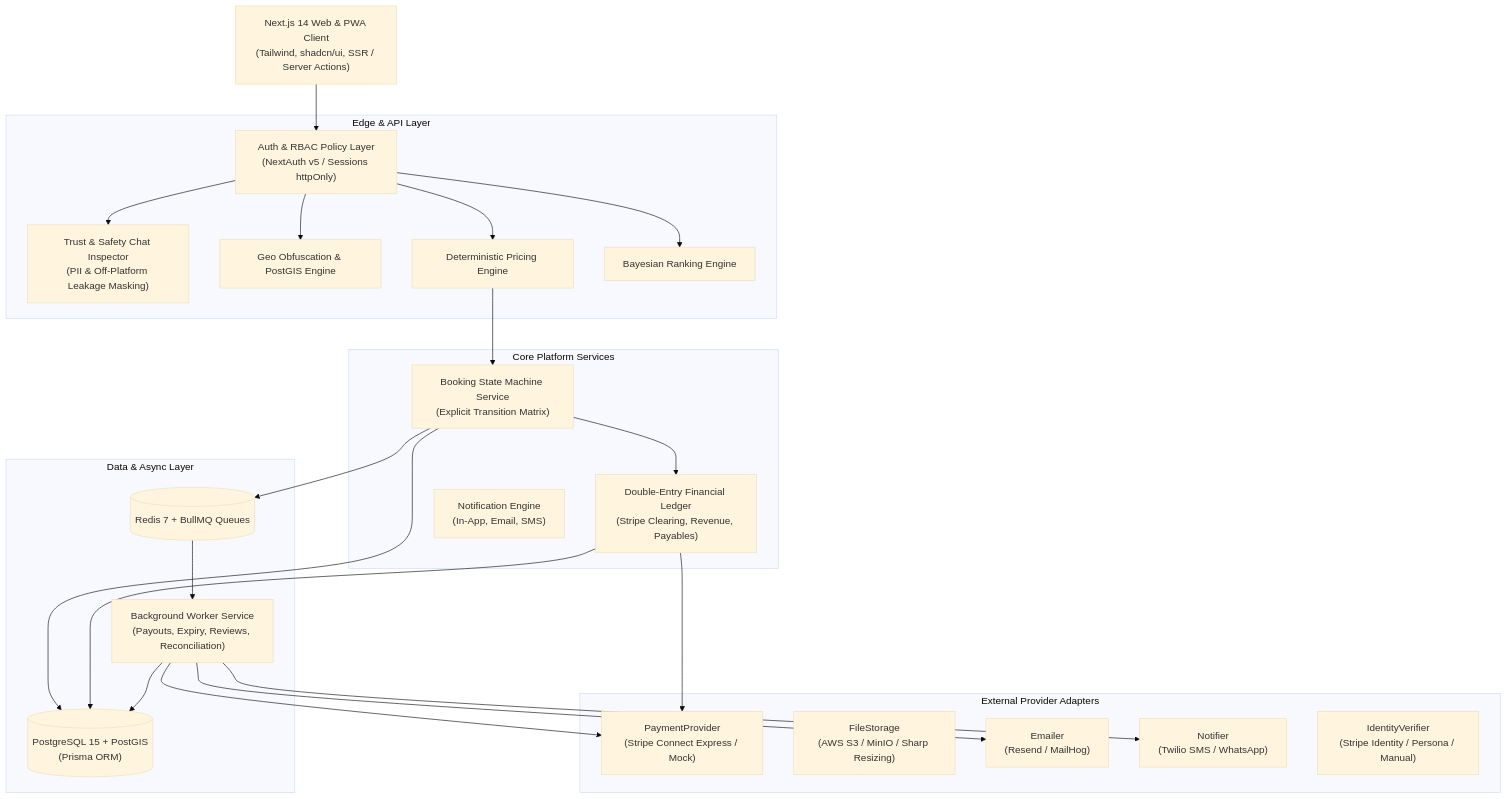
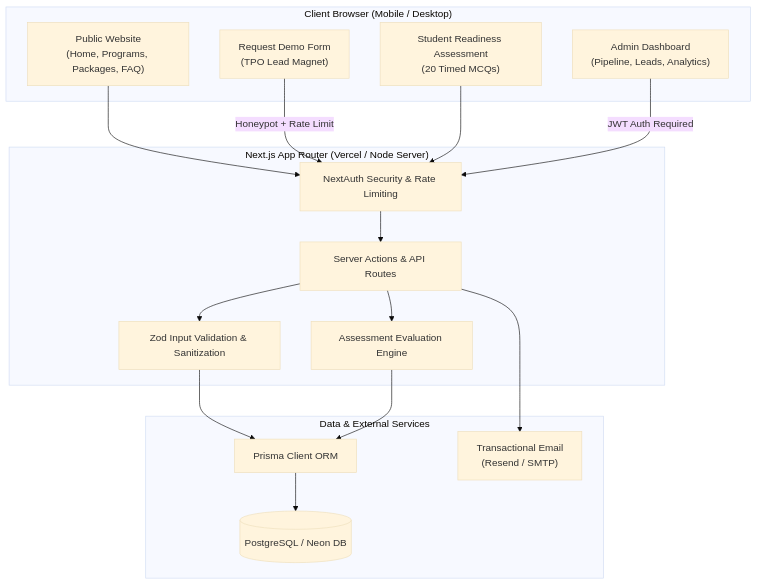
The diagram in docs/architecture.md (dj-here/india-quant), drawn with Mermaid (base theme) before and after one commit. The commit also changed other lines of this file and 16 other files, not shown here.

Commit message:
docs: complete Phase 1 business model, curriculum, commercials, outreach kit, and architecture

````diff
--- a/docs/architecture.md
+++ b/docs/architecture.md
@@ -5,52 +25,35 @@
 ```mermaid
-graph TD
-    Client["Next.js 14 Web & PWA Client<br/>(Tailwind, shadcn/ui, SSR / Server Actions)"]
-    
-    subgraph Edge & API Layer
-        AuthMiddleware["Auth & RBAC Policy Layer<br/>(NextAuth v5 / Sessions httpOnly)"]
-        ChatFilter["Trust & Safety Chat Inspector<br/>(PII & Off-Platform Leakage Masking)"]
-        GeoEngine["Geo Obfuscation & PostGIS Engine"]
-        PriceEngine["Deterministic Pricing Engine"]
-        RankingEngine["Bayesian Ranking Engine"]
+flowchart TD
+    subgraph Client ["Client Browser (Mobile / Desktop)"]
+        Landing["Public Website<br>(Home, Programs, Packages, FAQ)"]
+        DemoForm["Request Demo Form<br>(TPO Lead Magnet)"]
+        AssessTool["Student Readiness Assessment<br>(20 Timed MCQs)"]
+        AdminUI["Admin Dashboard<br>(Pipeline, Leads, Analytics)"]
     end
 
-    subgraph Core Platform Services
-        StateMachine["Booking State Machine Service<br/>(Explicit Transition Matrix)"]
-        LedgerService["Double-Entry Financial Ledger<br/>(Stripe Clearing, Revenue, Payables)"]
-        NotificationHub["Notification Engine<br/>(In-App, Email, SMS)"]
+    subgraph Edge ["Next.js App Router (Vercel / Node Server)"]
+        Middleware["NextAuth Security & Rate Limiting"]
+        ServerActions["Server Actions & API Routes"]
+        ZodValidator["Zod Input Validation & Sanitization"]
+        ScoringEngine["Assessment Evaluation Engine"]
     end
 
-    subgraph Data & Async Layer
-        DB[("PostgreSQL 15 + PostGIS<br/>(Prisma ORM)")]
-        RedisQueue[("Redis 7 + BullMQ Queues")]
-        Worker["Background Worker Service<br/>(Payouts, Expiry, Reviews, Reconciliation)"]
+    subgraph DataLayer ["Data & External Services"]
+        PrismaClient["Prisma Client ORM"]
+        PostgresDB[(PostgreSQL / Neon DB)]
+        EmailService["Transactional Email<br>(Resend / SMTP)"]
     end
 
-    subgraph External Provider Adapters
-        StripeAdapter["PaymentProvider<br/>(Stripe Connect Express / Mock)"]
-        S3Adapter["FileStorage<br/>(AWS S3 / MinIO / Sharp Resizing)"]
-        EmailAdapter["Emailer<br/>(Resend / MailHog)"]
-        SMSAdapter["Notifier<br/>(Twilio SMS / WhatsApp)"]
-        IdentityAdapter["IdentityVerifier<br/>(Stripe Identity / Persona / Manual)"]
-    end
+    Landing --> Middleware
+    DemoForm -->|Honeypot + Rate Limit| Middleware
+    AssessTool --> Middleware
+    AdminUI -->|JWT Auth Required| Middleware
 
-    Client --> AuthMiddleware
-    AuthMiddleware --> ChatFilter
-    AuthMiddleware --> GeoEngine
-    AuthMiddleware --> PriceEngine
-    AuthMiddleware --> RankingEngine
-
-    PriceEngine --> StateMachine
-    StateMachine --> LedgerService
-    StateMachine --> DB
-    StateMachine --> RedisQueue
-
-    LedgerService --> DB
-    LedgerService --> StripeAdapter
-
-    RedisQueue --> Worker
-    Worker --> DB
-    Worker --> StripeAdapter
-    Worker --> EmailAdapter
-    Worker --> SMSAdapter
+    Middleware --> ServerActions
+    ServerActions --> ZodValidator
+    ServerActions --> ScoringEngine
+    ZodValidator --> PrismaClient
+    ScoringEngine --> PrismaClient
+    PrismaClient --> PostgresDB
+    ServerActions --> EmailService
 ```
````
